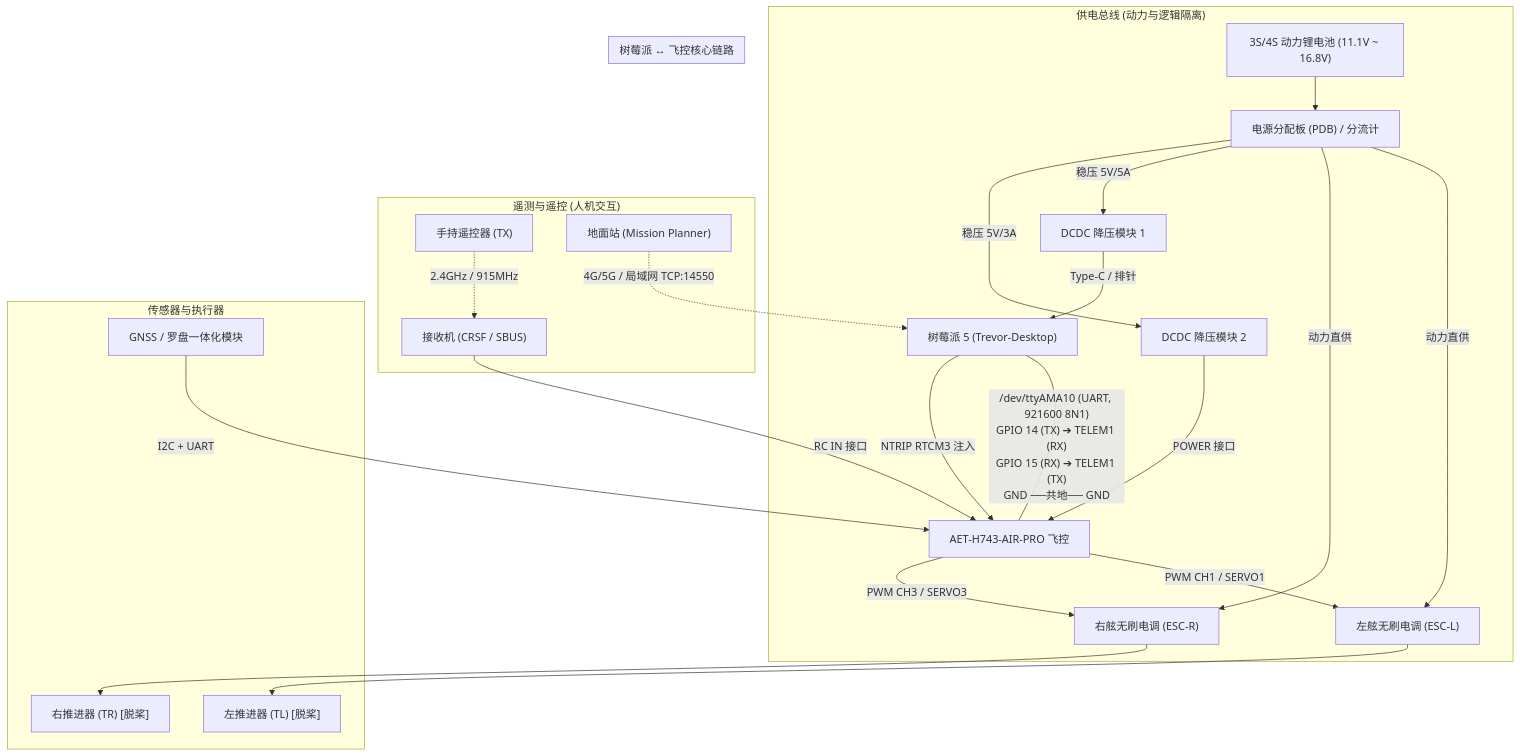
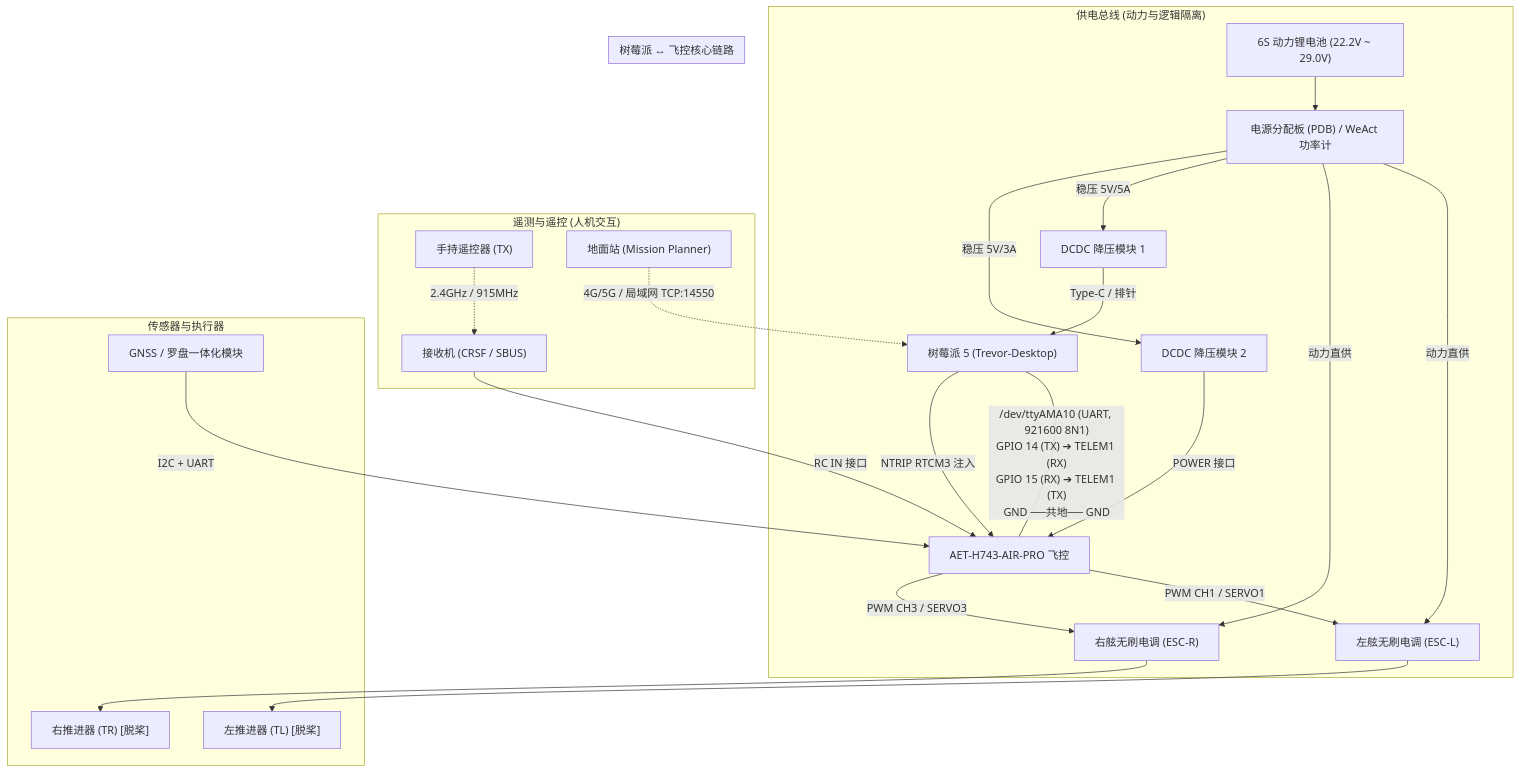
Before and after one commit to Trevor234/USV: the first of 4 diagrams in docs/bench_and_hardware_verification.md, drawn with Mermaid. The commit also changed 5 other files, not shown here.

````diff
--- a/docs/bench_and_hardware_verification.md
+++ b/docs/bench_and_hardware_verification.md
@@ -40,27 +40,27 @@
 ```mermaid
 flowchart TB
     subgraph POWER["供电总线 (动力与逻辑隔离)"]
-        BAT["3S/4S 动力锂电池 (11.1V ~ 16.8V)"] --> PDB["电源分配板 (PDB) / 分流计"]
+        BAT["6S 动力锂电池 (22.2V ~ 29.0V)"] --> PDB["电源分配板 (PDB) / WeAct 功率计"]
         PDB -->|动力直供| ESC_L["左舷无刷电调 (ESC-L)"]
         PDB -->|动力直供| ESC_R["右舷无刷电调 (ESC-R)"]
         PDB -->|稳压 5V/5A| BEC1["DCDC 降压模块 1"] -->|Type-C / 排针| PI["树莓派 5 (Trevor-Desktop)"]
         PDB -->|稳压 5V/3A| BEC2["DCDC 降压模块 2"] -->|POWER 接口| FCU["AET-H743-AIR-PRO 飞控"]
     end
 
     subgraph TELEMETRY["遥测与遥控 (人机交互)"]
         RC_TX["手持遥控器 (TX)"] -.->|2.4GHz / 915MHz| RC_RX["接收机 (CRSF / SBUS)"]
         RC_RX -->|RC IN 接口| FCU
         GCS["地面站 (Mission Planner)"] -.->|4G/5G / 局域网 TCP:14550| PI
     end
 
     subgraph CORE_COMM["树莓派 ↔ 飞控核心链路"]
         PI ---|"/dev/ttyAMA10 (UART, 921600 8N1)<br/>GPIO 14 (TX) ➔ TELEM1 (RX)<br/>GPIO 15 (RX) ➔ TELEM1 (TX)<br/>GND ──共地── GND"| FCU
     end
 
     subgraph SENSORS["传感器与执行器"]
         FCU -->|PWM CH1 / SERVO1| ESC_L --> MOTOR_L["左推进器 (TL) [脱桨]"]
         FCU -->|PWM CH3 / SERVO3| ESC_R --> MOTOR_R["右推进器 (TR) [脱桨]"]
         GNSS["GNSS / 罗盘一体化模块"] -->|I2C + UART| FCU
         PI -->|NTRIP RTCM3 注入| FCU
     end
 ```
````
